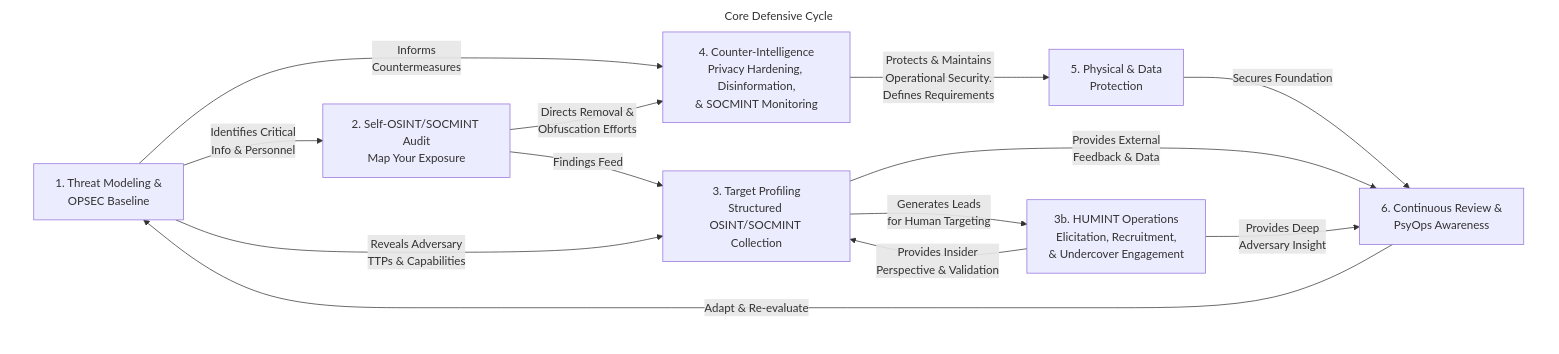
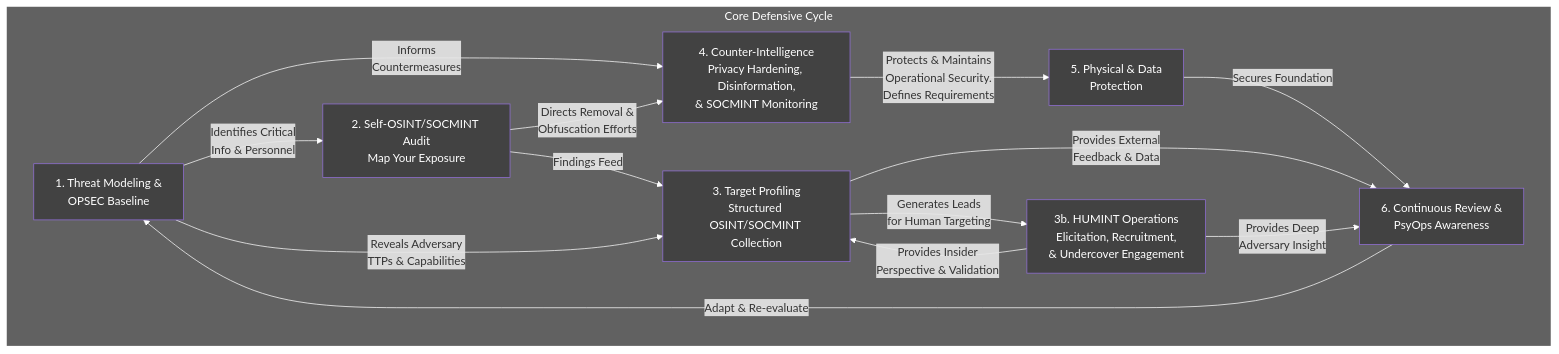
The diagram in markdown/mermaid-data/OPSEC–OSINT-lifecycle.md (airborne-commando/OPSEC-OSINT-Tools), drawn with Mermaid before and after one commit. The commit also changed 11 other files, not shown here.

````diff
--- a/markdown/mermaid-data/OPSEC–OSINT-lifecycle.md
+++ b/markdown/mermaid-data/OPSEC–OSINT-lifecycle.md
@@ -1,26 +1,45 @@
 ```mermaid
-flowchart TD
+flowchart TB
  subgraph subGraph0["Core Defensive Cycle"]
         A["1. Threat Modeling &amp;<br>OPSEC Baseline"]
         B["2. Self-OSINT/SOCMINT Audit<br>Map Your Exposure"]
         C["3. Target Profiling<br>Structured OSINT/SOCMINT Collection"]
         H["3b. HUMINT Operations<br>Elicitation, Recruitment,<br>&amp; Undercover Engagement"]
         D["4. Counter-Intelligence<br>Privacy Hardening, Disinformation,<br>&amp; SOCMINT Monitoring"]
         E["5. Physical &amp; Data<br>Protection"]
         F["6. Continuous Review &amp;<br>PsyOps Awareness"]
   end
     A -- Identifies Critical<br>Info &amp; Personnel --> B
     B -- Findings Feed --> C
     A -- Reveals Adversary<br>TTPs &amp; Capabilities --> C
     C -- Generates Leads<br>for Human Targeting --> H
     H -- Provides Insider<br>Perspective &amp; Validation --> C
     A -- Informs<br>Countermeasures --> D
     B -- Directs Removal &amp;<br>Obfuscation Efforts --> D
     D -- "Protects &amp; Maintains<br>Operational Security.<br>Defines Requirements" --> E
     E -- Secures Foundation --> F
     C -- Provides External<br>Feedback &amp; Data --> F
     H -- Provides Deep<br>Adversary Insight --> F
     F -- "Adapt & Re-evaluate" --> A
 
-    style subGraph0 fill:transparent,stroke:none
+    style A color:#FFFFFF,fill:#424242
+    style B color:#FFFFFF,fill:#424242
+    style C color:#FFFFFF,fill:#424242
+    style H color:#FFFFFF,fill:#424242
+    style D color:#FFFFFF,fill:#424242
+    style E color:#FFFFFF,fill:#424242
+    style F color:#FFFFFF,fill:#424242
+    style subGraph0 fill:#616161,stroke:none,color:#FFFFFF
+    linkStyle 0 stroke:#FFFFFF,fill:none
+    linkStyle 1 stroke:#FFFFFF,fill:none
+    linkStyle 2 stroke:#FFFFFF,fill:none
+    linkStyle 3 stroke:#FFFFFF,fill:none
+    linkStyle 4 stroke:#FFFFFF,fill:none
+    linkStyle 5 stroke:#FFFFFF,fill:none
+    linkStyle 6 stroke:#FFFFFF,fill:none
+    linkStyle 7 stroke:#FFFFFF,fill:none
+    linkStyle 8 stroke:#FFFFFF,fill:none
+    linkStyle 9 stroke:#FFFFFF,fill:none
+    linkStyle 10 stroke:#FFFFFF,fill:none
+    linkStyle 11 stroke:#FFFFFF,fill:none
 ```
````
